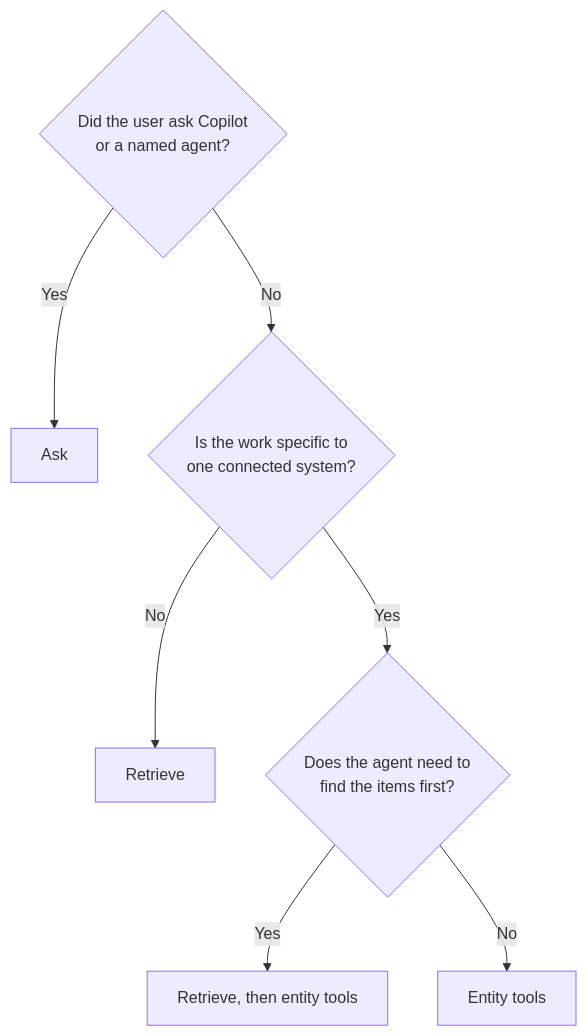
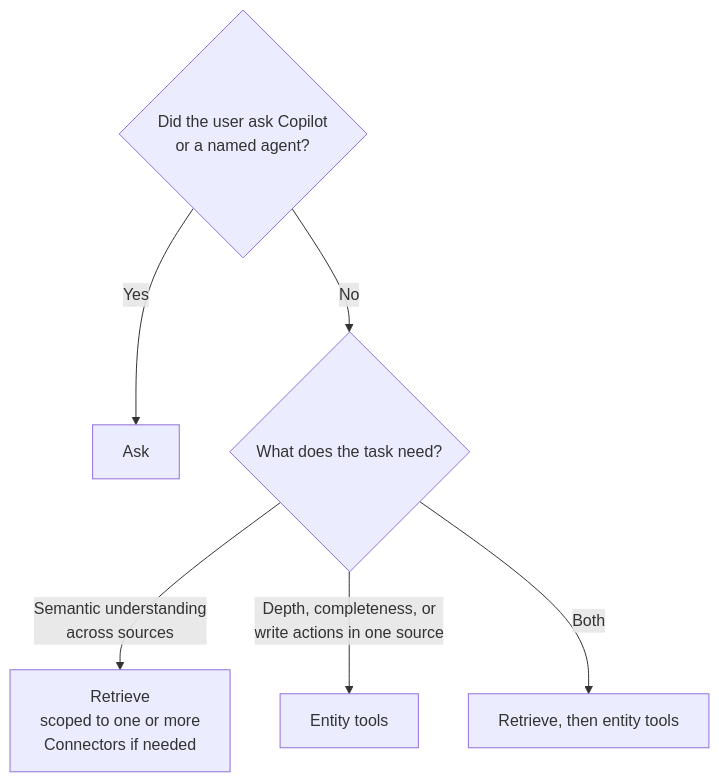
One commit to SuryaMSFT/work-iq changed the diagram in docs/connectors-usage-guidance.md. Above: the diagram before and after it, drawn with Mermaid. The commit also changed other lines of this file, not shown here.

Commit message:
docs: frame Retrieve vs entity tools by task needs

````diff
--- a/docs/connectors-usage-guidance.md
+++ b/docs/connectors-usage-guidance.md
@@ -60,10 +61,9 @@
 ```mermaid
 flowchart TD
     Q1{"Did the user ask Copilot<br/>or a named agent?"}
     Q1 -->|Yes| ASK["Ask"]
-    Q1 -->|No| Q2{"Is the work specific to<br/>one connected system?"}
-    Q2 -->|No| RET["Retrieve"]
-    Q2 -->|Yes| Q3{"Does the agent need to<br/>find the items first?"}
-    Q3 -->|Yes| BOTH["Retrieve, then entity tools"]
-    Q3 -->|No| ET["Entity tools"]
+    Q1 -->|No| Q2{"What does the task need?"}
+    Q2 -->|"Semantic understanding<br/>across sources"| RET["Retrieve<br/>scoped to one or more<br/>Connectors if needed"]
+    Q2 -->|"Depth, completeness, or<br/>write actions in one source"| ET["Entity tools"]
+    Q2 -->|Both| BOTH["Retrieve, then entity tools"]
 ```
````
